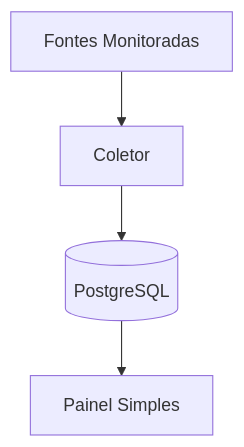
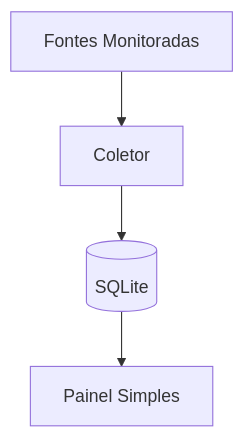
The second of 8 diagrams in README.md (maia-andre/observatorio_oportunidades), drawn with Mermaid before and after one commit. The commit also changed other lines of this file and 9 other files, not shown here.

First line of the commit message:
feat: pivota Fase 0 de PostgreSQL para SQLite (sem Docker)

````diff
--- a/README.md
+++ b/README.md
@@ -86,10 +86,10 @@
 ```mermaid
 flowchart TB
 
 A[Fontes Monitoradas]
 --> B[Coletor]
 
-B --> C[(PostgreSQL)]
+B --> C[(SQLite)]
 
 C --> D[Painel Simples]
 ```
````
